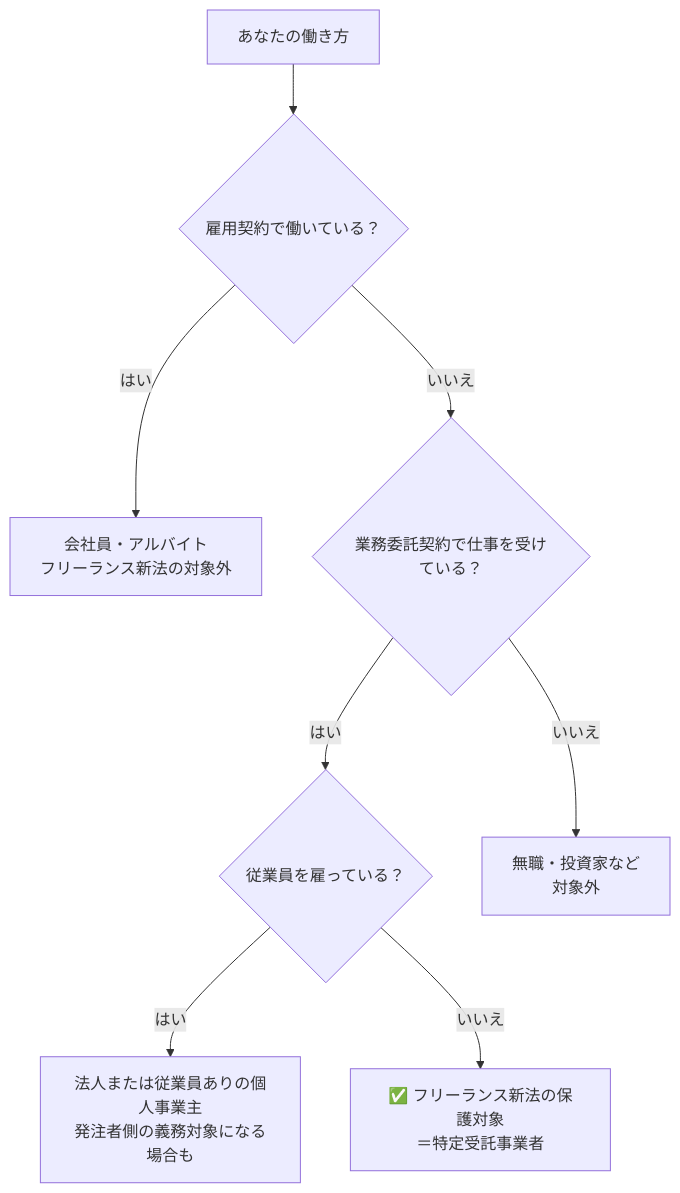
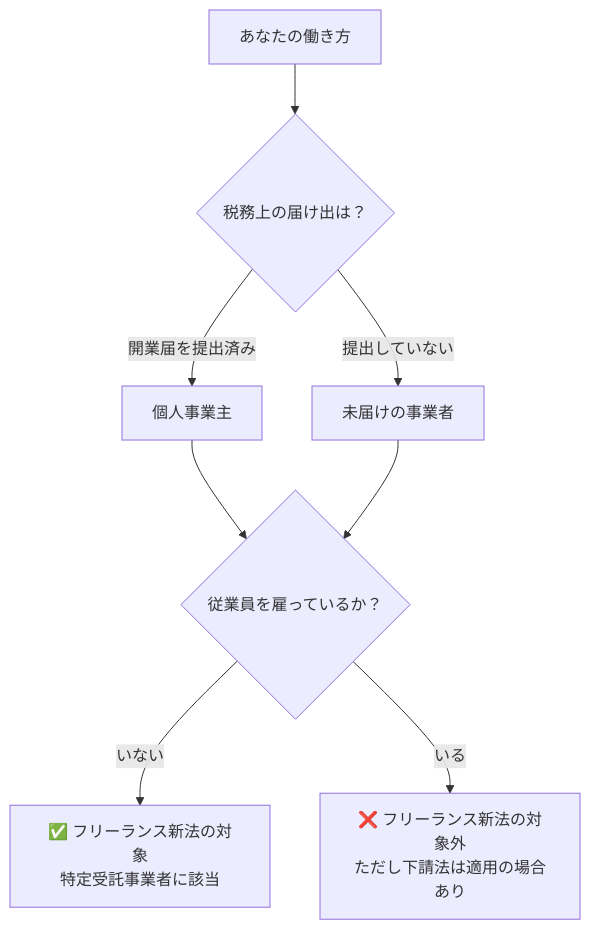
The diagram in 19_個人事業主とフリーランスの違い｜フリーランス新法の適用はどちらか.md (tukki-koh/freelance-articles), drawn with Mermaid before and after one commit. The commit also changed other lines of this file, not shown here.

````diff
--- a/19_個人事業主とフリーランスの違い｜フリーランス新法の適用はどちらか.md
+++ b/19_個人事業主とフリーランスの違い｜フリーランス新法の適用はどちらか.md
@@ -44,10 +53,10 @@
-~~~mermaid
+```mermaid
 flowchart TD
-    A[あなたの働き方] --> B{雇用契約で働いている？}
-    B -->|はい| C[会社員・アルバイト\nフリーランス新法の対象外]
-    B -->|いいえ| D{業務委託契約で仕事を受けている？}
-    D -->|はい| E{従業員を雇っている？}
-    D -->|いいえ| F[無職・投資家など\n対象外]
-    E -->|はい| G[法人または従業員ありの個人事業主\n発注者側の義務対象になる場合も]
-    E -->|いいえ| H[✅ フリーランス新法の保護対象\n＝特定受託事業者]
-~~~
+    A[あなたの働き方] --> B{税務上の届け出は？}
+    B -->|開業届を提出済み| C[個人事業主]
+    B -->|提出していない| D[未届けの事業者]
+    C --> E{従業員を雇っているか？}
+    D --> E
+    E -->|いない| F[✅ フリーランス新法の対象<br/>特定受託事業者に該当]
+    E -->|いる| G[❌ フリーランス新法の対象外<br/>ただし下請法は適用の場合あり]
+```
````
